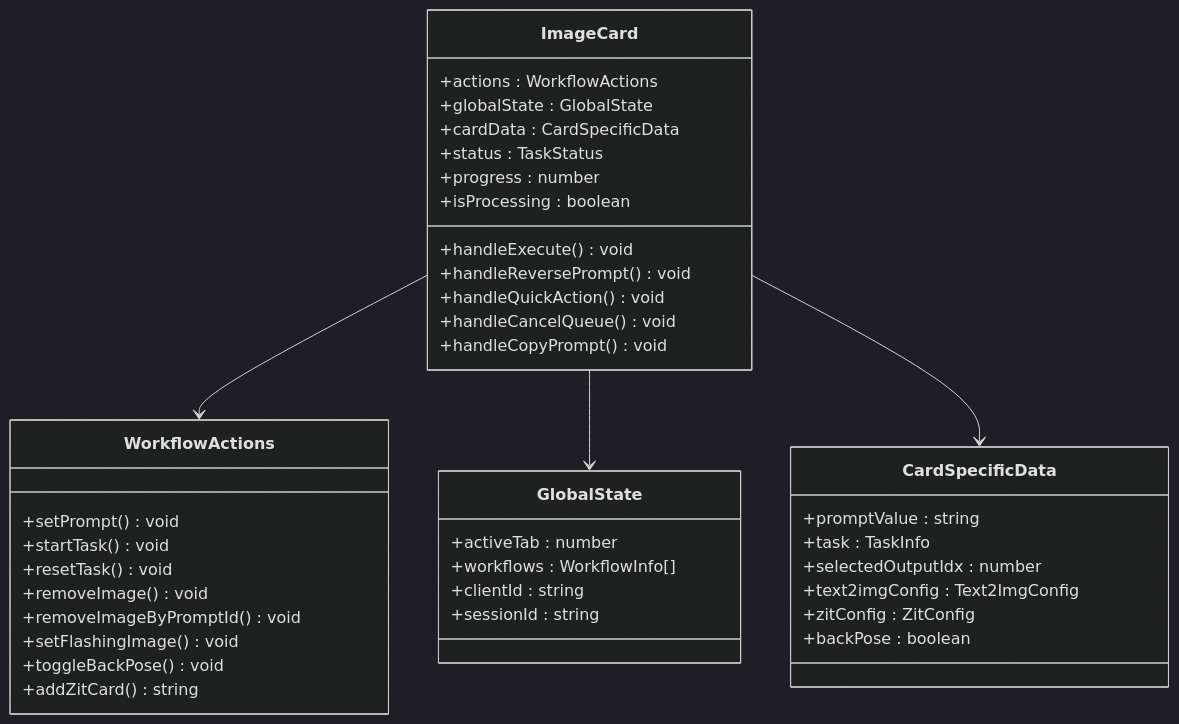
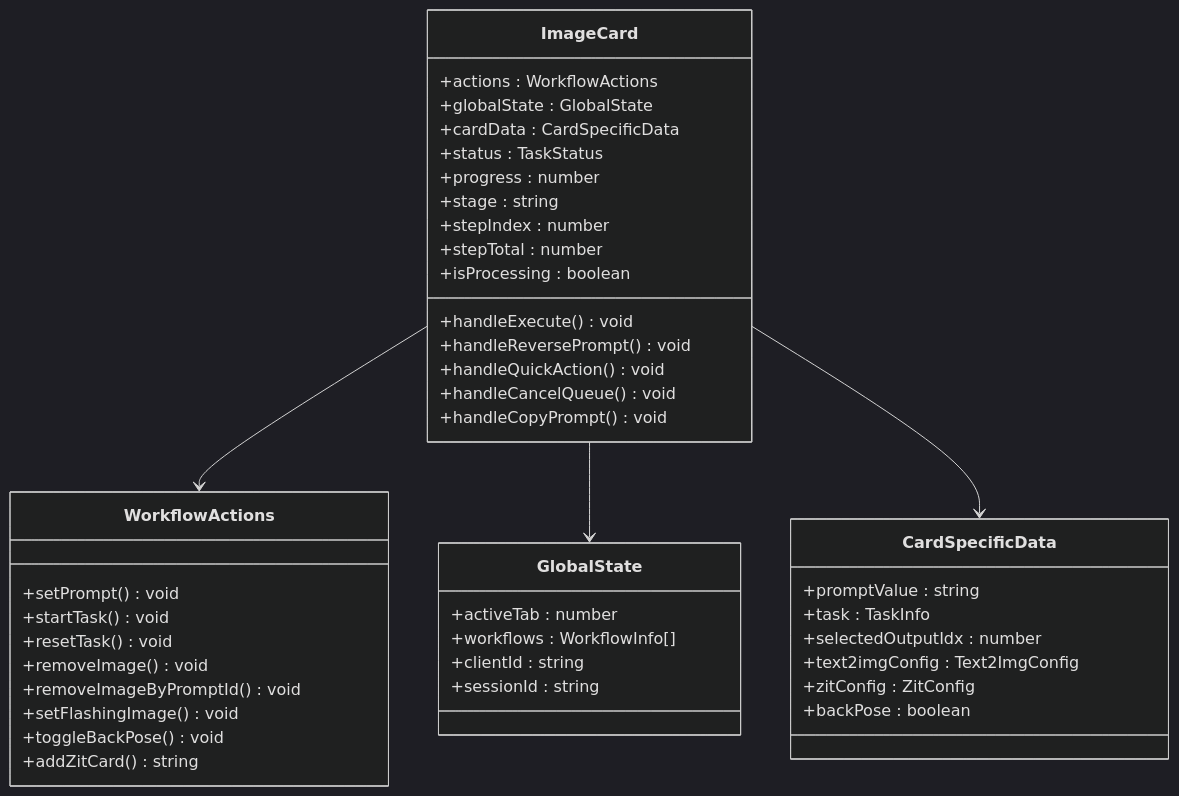
One commit to billye220670/CorineKit_Pix2Real changed the third of 8 diagrams in .qoder/repowiki/zh/content/用户界面组件/核心界面组件/图片卡片组件 (ImageCard)/图片卡片组件 (ImageCard).md. Above: the diagram before and after it, drawn with Mermaid (dark theme). The commit also changed other lines of this file and 13 other files, not shown here.

````diff
--- a/.qoder/repowiki/zh/content/用户界面组件/核心界面组件/图片卡片组件 (ImageCard)/图片卡片组件 (ImageCard).md
+++ b/.qoder/repowiki/zh/content/用户界面组件/核心界面组件/图片卡片组件 (ImageCard)/图片卡片组件 (ImageCard).md
@@ -184,43 +193,46 @@
 ```mermaid
 classDiagram
 class ImageCard {
 +actions : WorkflowActions
 +globalState : GlobalState
 +cardData : CardSpecificData
 +status : TaskStatus
 +progress : number
++stage : string
++stepIndex : number
++stepTotal : number
 +isProcessing : boolean
 +handleExecute() void
 +handleReversePrompt() void
 +handleQuickAction() void
 +handleCancelQueue() void
 +handleCopyPrompt() void
 }
 class WorkflowActions {
 +setPrompt() void
 +startTask() void
 +resetTask() void
 +removeImage() void
 +removeImageByPromptId() void
 +setFlashingImage() void
 +toggleBackPose() void
 +addZitCard() string
 }
 class GlobalState {
 +activeTab : number
 +workflows : WorkflowInfo[]
 +clientId : string
 +sessionId : string
 }
 class CardSpecificData {
 +promptValue : string
 +task : TaskInfo
 +selectedOutputIdx : number
 +text2imgConfig : Text2ImgConfig
 +zitConfig : ZitConfig
 +backPose : boolean
 }
 ImageCard --> WorkflowActions
 ImageCard --> GlobalState
 ImageCard --> CardSpecificData
 ```
````
